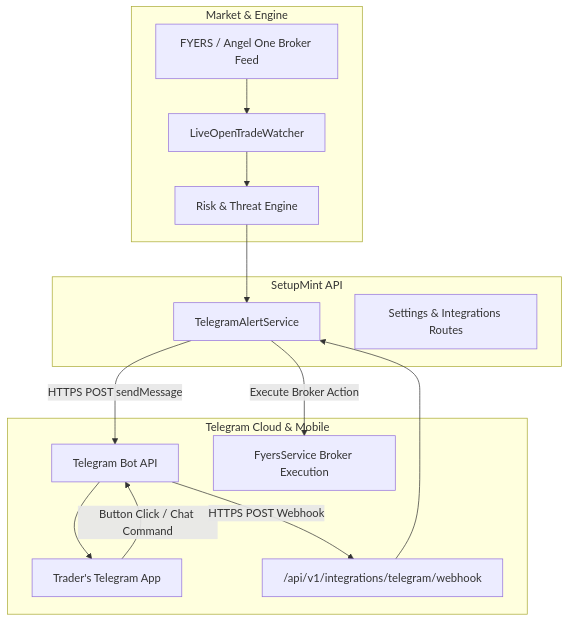
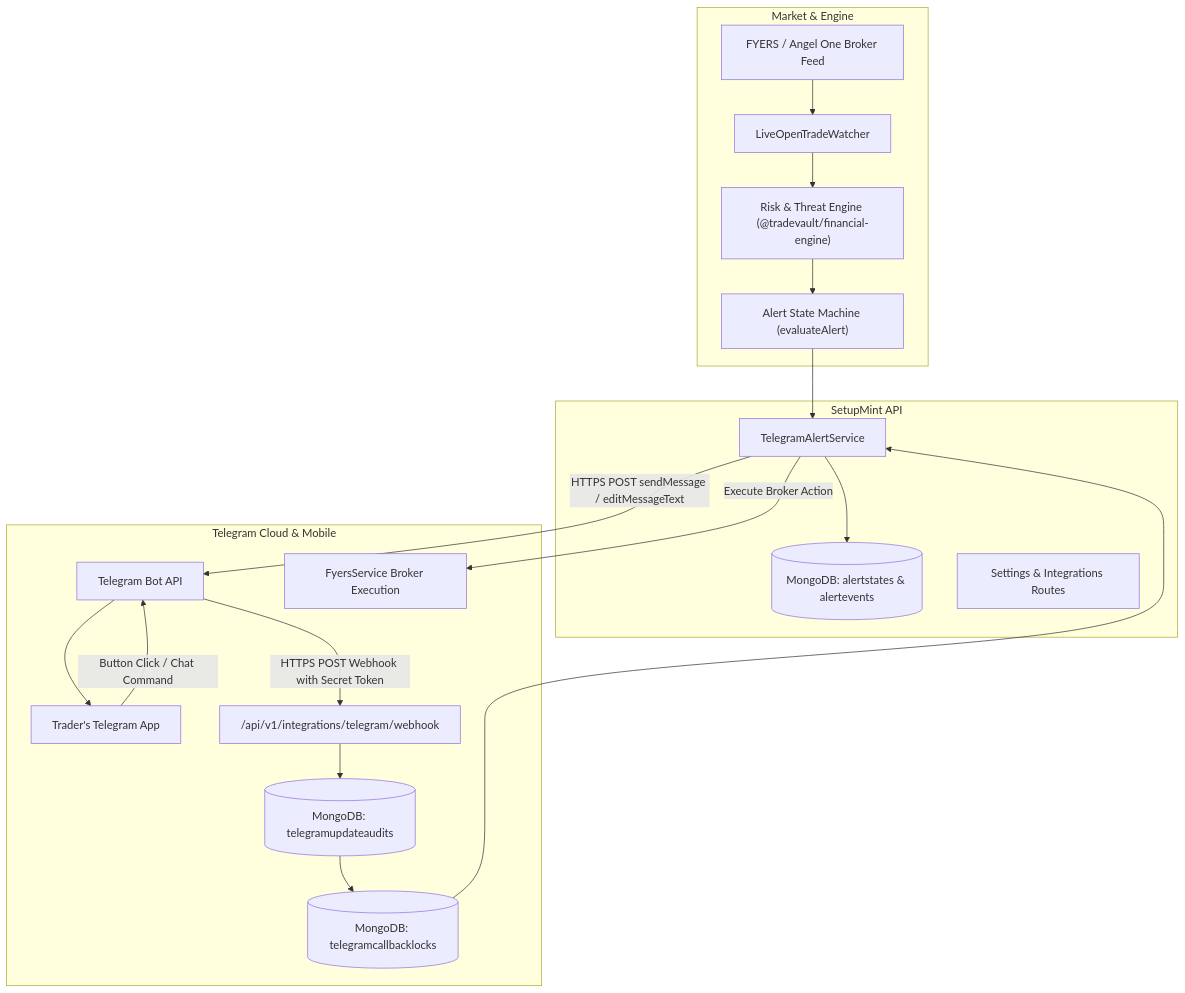
Before and after one commit to Rohsh00/SetupMint: the first of 4 diagrams in docs/TELEGRAM_INTEGRATION.md, drawn with Mermaid. The commit also changed other lines of this file and 34 other files, not shown here.

````diff
--- a/docs/TELEGRAM_INTEGRATION.md
+++ b/docs/TELEGRAM_INTEGRATION.md
@@ -19,21 +18,25 @@
 ```mermaid
 flowchart TD
     subgraph Market & Engine
         Fyers[FYERS / Angel One Broker Feed] --> LiveWatcher[LiveOpenTradeWatcher]
-        LiveWatcher --> RiskEngine[Risk & Threat Engine]
+        LiveWatcher --> RiskEngine["Risk & Threat Engine (@tradevault/financial-engine)"]
+        RiskEngine --> AlertStateMachine["Alert State Machine (evaluateAlert)"]
     end
 
     subgraph SetupMint API
-        RiskEngine --> TelegramService[TelegramAlertService]
+        AlertStateMachine --> TelegramService[TelegramAlertService]
+        TelegramService --> MongoState[(MongoDB: alertstates & alertevents)]
         SettingsRoute[Settings & Integrations Routes]
     end
 
     subgraph Telegram Cloud & Mobile
-        TelegramService -->|HTTPS POST sendMessage| TelegramAPI[Telegram Bot API]
+        TelegramService -->|HTTPS POST sendMessage / editMessageText| TelegramAPI[Telegram Bot API]
         TelegramAPI --> MobileApp[Trader's Telegram App]
         MobileApp -->|Button Click / Chat Command| TelegramAPI
-        TelegramAPI -->|HTTPS POST Webhook| WebhookEndpoint["/api/v1/integrations/telegram/webhook"]
-        WebhookEndpoint --> TelegramService
+        TelegramAPI -->|HTTPS POST Webhook with Secret Token| WebhookEndpoint["/api/v1/integrations/telegram/webhook"]
+        WebhookEndpoint --> TelegramUpdateAudit[(MongoDB: telegramupdateaudits)]
+        TelegramUpdateAudit --> TelegramCallbackLock[(MongoDB: telegramcallbacklocks)]
+        TelegramCallbackLock --> TelegramService
         TelegramService -->|Execute Broker Action| FyersService[FyersService Broker Execution]
     end
 ```
````
